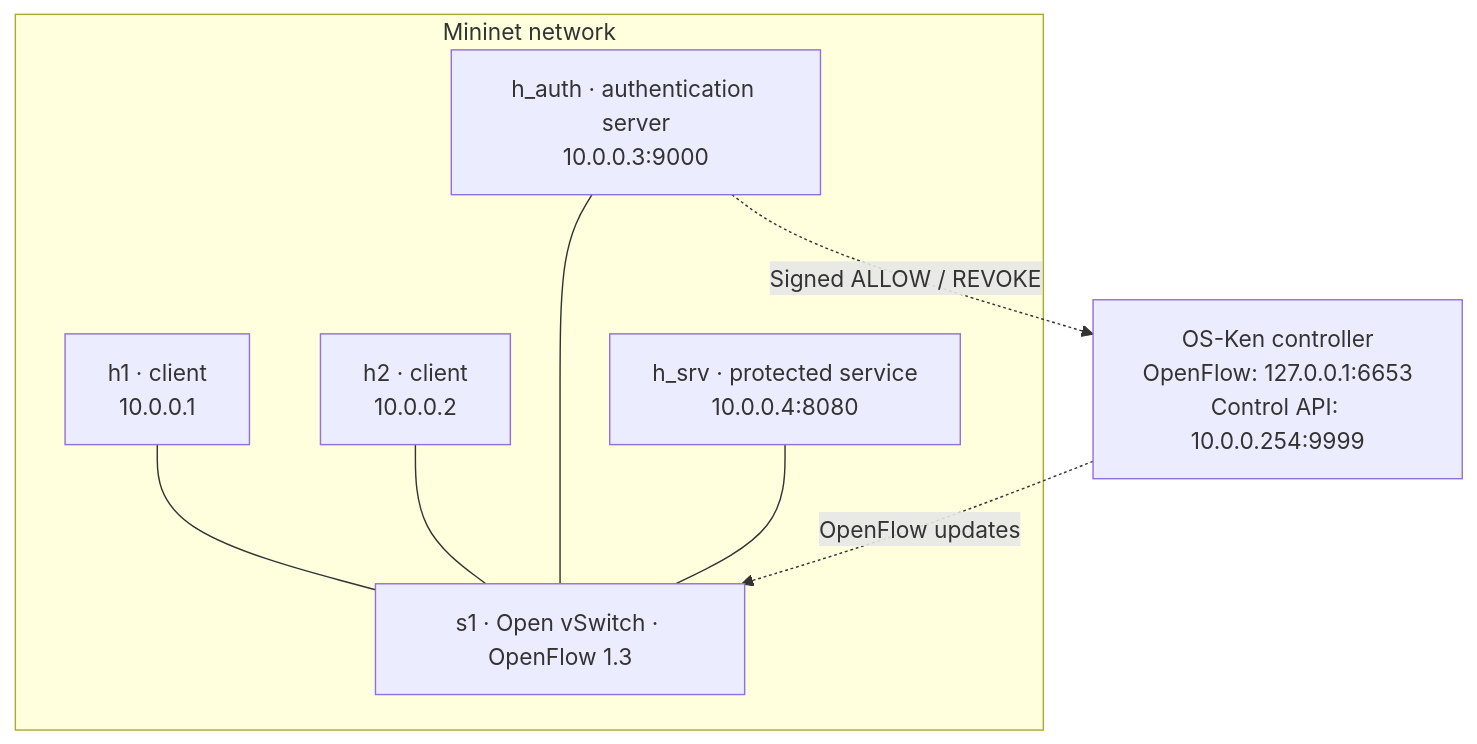
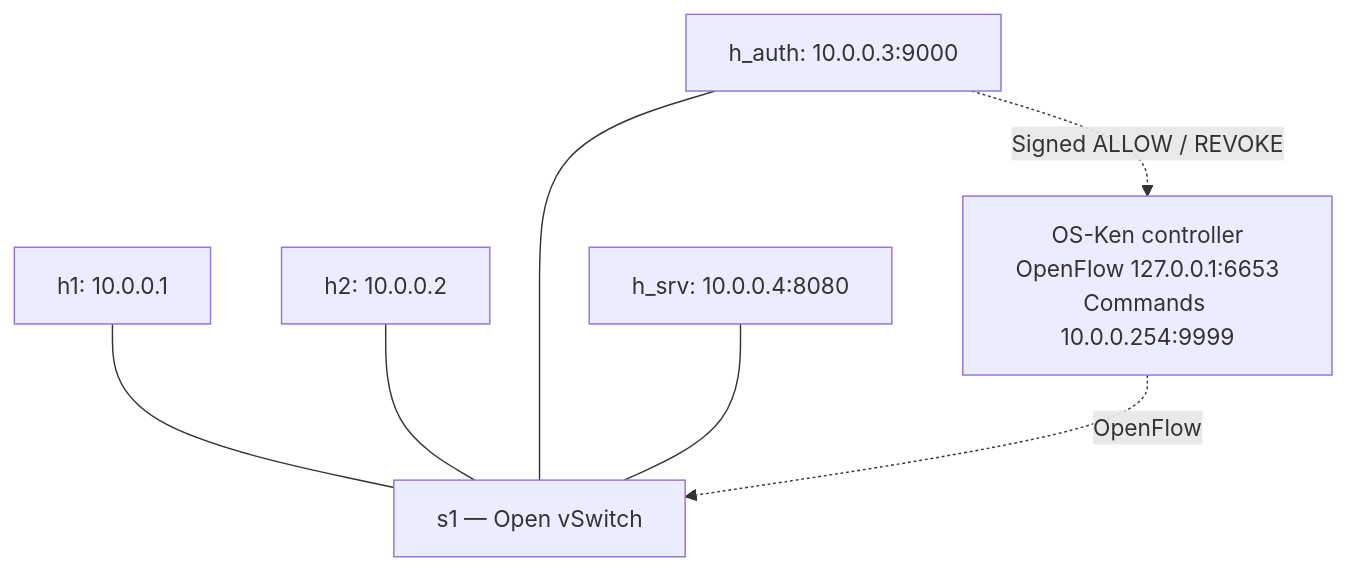
One commit to Akash-1271/sdn-authentication-dynamic-access-control-simplified changed the diagram in README.md. Above: the diagram before and after it, drawn with Mermaid. The commit also changed other lines of this file and 3 other files, not shown here.

````diff
--- a/README.md
+++ b/README.md
@@ -36,17 +17,15 @@
 ```mermaid
 flowchart TB
-    C["OS-Ken controller<br/>OpenFlow: 127.0.0.1:6653<br/>Control API: 10.0.0.254:9999"]
-    subgraph N["Mininet network"]
-        S["s1 · Open vSwitch · OpenFlow 1.3"]
-        H1["h1 · client<br/>10.0.0.1"]
-        H2["h2 · client<br/>10.0.0.2"]
-        A["h_auth · authentication server<br/>10.0.0.3:9000"]
-        P["h_srv · protected service<br/>10.0.0.4:8080"]
-        H1 --- S
-        H2 --- S
-        A --- S
-        P --- S
-    end
-    C -. OpenFlow updates .-> S
+    C["OS-Ken controller<br/>OpenFlow 127.0.0.1:6653<br/>Commands 10.0.0.254:9999"]
+    S["s1 — Open vSwitch"]
+    H1["h1: 10.0.0.1"]
+    H2["h2: 10.0.0.2"]
+    A["h_auth: 10.0.0.3:9000"]
+    P["h_srv: 10.0.0.4:8080"]
+    H1 --- S
+    H2 --- S
+    A --- S
+    P --- S
+    C -. OpenFlow .-> S
     A -. Signed ALLOW / REVOKE .-> C
 ```
````
